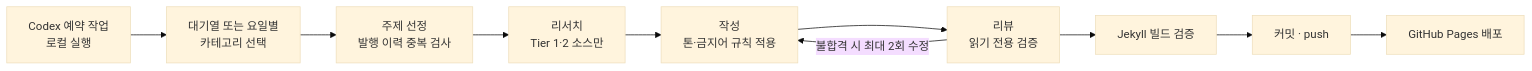
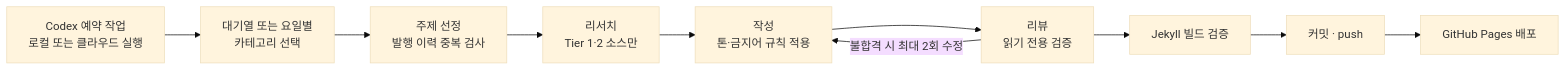
One commit to dorec9/dorec9.github.io changed the diagram in README.md. Above: the diagram before and after it, drawn with Mermaid (base theme). The commit also changed other lines of this file and 5 other files, not shown here.

````diff
--- a/README.md
+++ b/README.md
@@ -11,12 +11,12 @@
 ```mermaid
 flowchart LR
-    A["Codex 예약 작업<br>로컬 실행"] --> B["대기열 또는 요일별<br>카테고리 선택"]
+    A["Codex 예약 작업<br>로컬 또는 클라우드 실행"] --> B["대기열 또는 요일별<br>카테고리 선택"]
     B --> C["주제 선정<br>발행 이력 중복 검사"]
     C --> D["리서치<br>Tier 1·2 소스만"]
     D --> E["작성<br>톤·금지어 규칙 적용"]
     E --> F["리뷰<br>읽기 전용 검증"]
     F -->|"불합격 시 최대 2회 수정"| E
     F --> G["Jekyll 빌드 검증"]
     G --> H["커밋 · push"]
     H --> I["GitHub Pages 배포"]
 ```
````
